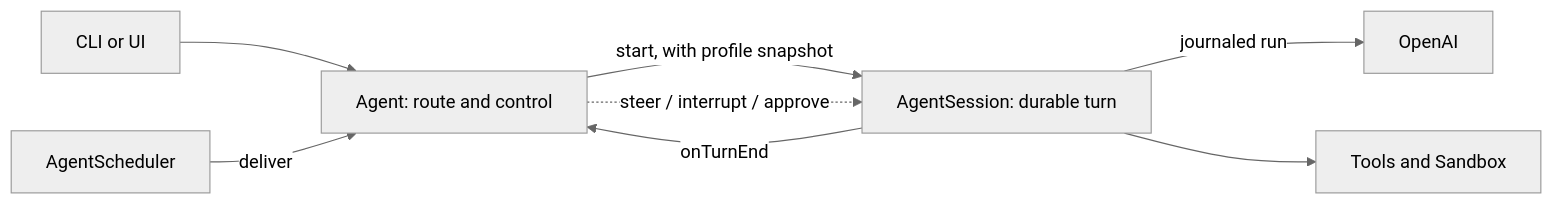
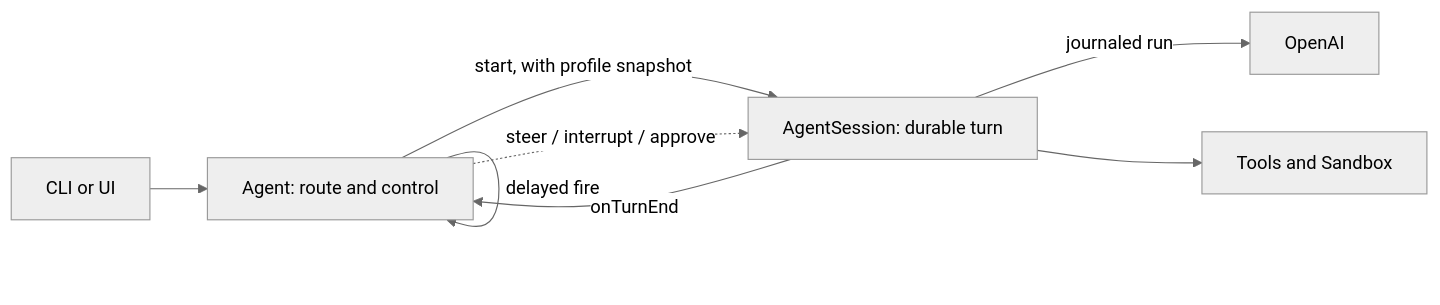
The diagram in README.md (restatedev/agent), drawn with Mermaid (neutral theme) before and after one commit. The commit also changed other lines of this file and 24 other files, not shown here.

First line of the commit message:
Merge AgentScheduler and AgentNotifications into Agent

````diff
--- a/README.md
+++ b/README.md
@@ -83,10 +83,10 @@
 ```mermaid
 flowchart LR
   Client[CLI or UI] --> Agent[Agent: route and control]
   Agent -->|start, with profile snapshot| Session[AgentSession: durable turn]
   Agent -.->|steer / interrupt / approve| Session
   Session -->|journaled run| Model[OpenAI]
   Session --> Tools[Tools and Sandbox]
   Session -->|onTurnEnd| Agent
-  Scheduler[AgentScheduler] -->|deliver| Agent
+  Agent -->|delayed fire| Agent
 ```
````
